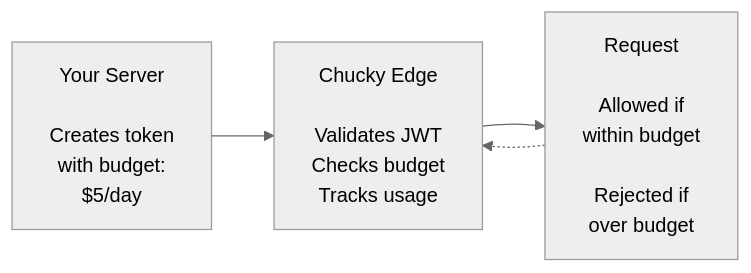
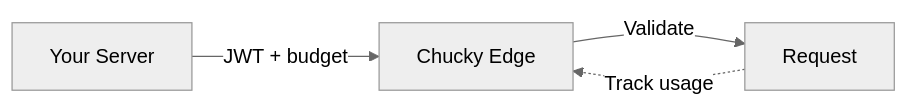
Before and after one commit to centyso-dev/docs: the diagram in billing.mdx, drawn with Mermaid (neutral theme). The commit also changed 6 other files, not shown here.

First line of the commit message:
fix: simplify Mermaid diagrams - remove unsupported \n

````diff
--- a/billing.mdx
+++ b/billing.mdx
@@ -64,9 +64,9 @@
 ```mermaid
 flowchart LR
-    server["Your Server\n\nCreates token\nwith budget:\n$5/day"]
-    edge["Chucky Edge\n\nValidates JWT\nChecks budget\nTracks usage"]
-    request["Request\n\nAllowed if\nwithin budget\n\nRejected if\nover budget"]
+    server["Your Server"]
+    edge["Chucky Edge"]
+    request["Request"]
 
-    server --> edge --> request
-    request -.-> edge
+    server -->|"JWT + budget"| edge -->|"Validate"| request
+    request -.->|"Track usage"| edge
 ```
````
